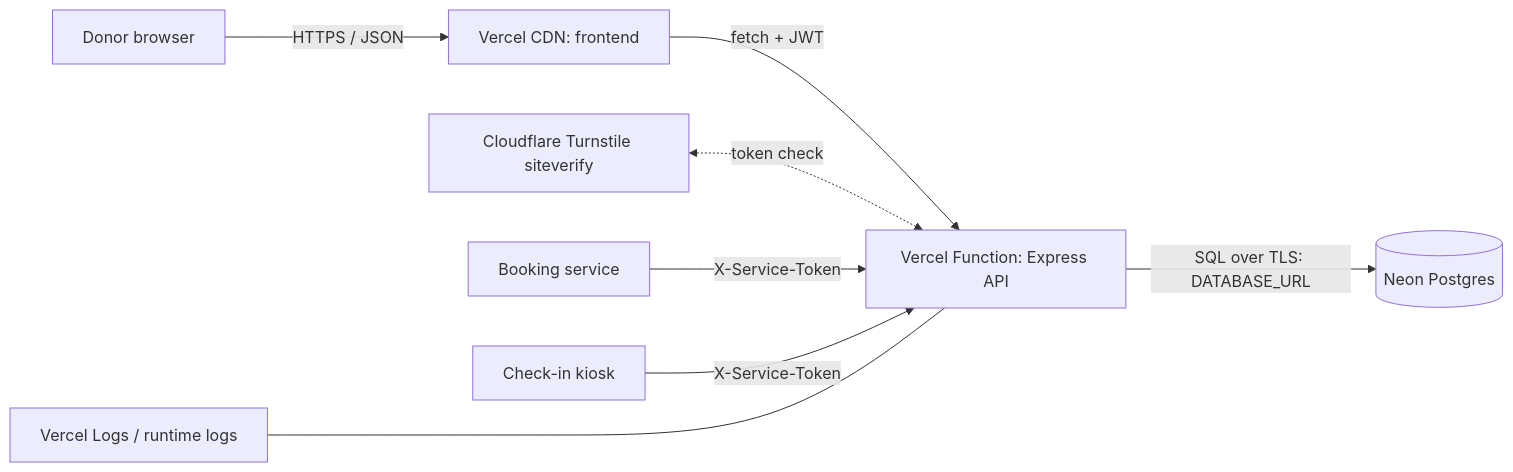
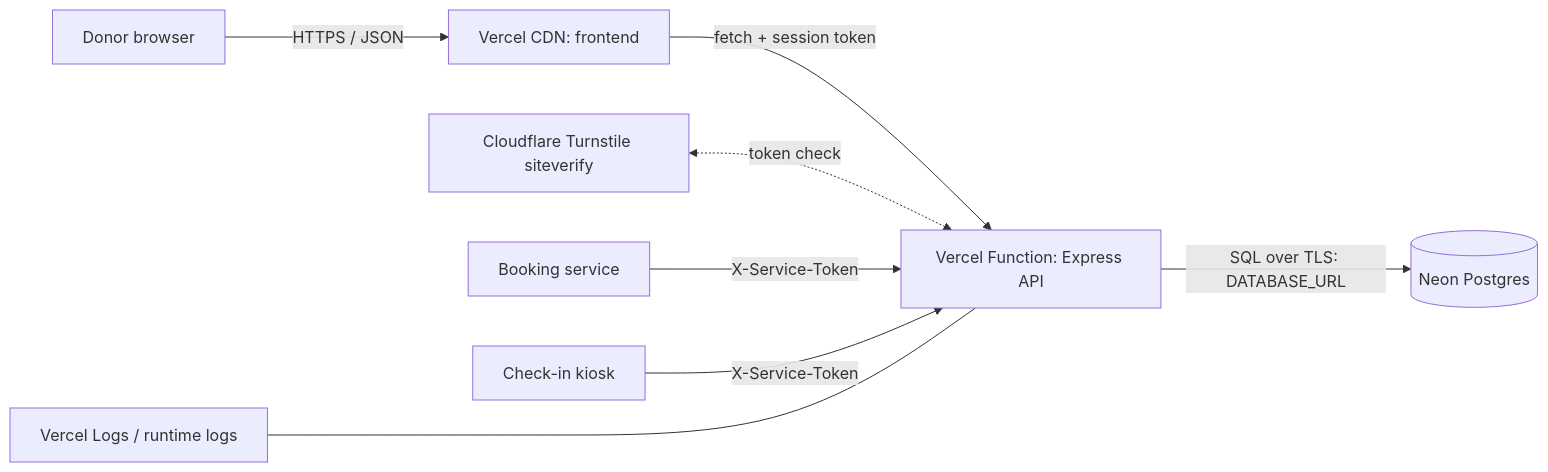
The diagram in README.md (TasneemHazem10/cloud-project), drawn with Mermaid before and after one commit. The commit also changed other lines of this file and 32 other files, not shown here.

````diff
--- a/README.md
+++ b/README.md
@@ -23,10 +23,10 @@
 ```mermaid
 flowchart LR
   U[Donor browser] -->|HTTPS / JSON| W[Vercel CDN: frontend]
-  W -->|fetch + JWT| A[Vercel Function: Express API]
+  W -->|fetch + session token| A[Vercel Function: Express API]
   T[Cloudflare Turnstile siteverify] <-.->|token check| A
   B[Booking service] -->|X-Service-Token| A
   C[Check-in kiosk] -->|X-Service-Token| A
   A -->|SQL over TLS: DATABASE_URL| N[(Neon Postgres)]
   V[Vercel Logs / runtime logs] <--- A
 ```
````
